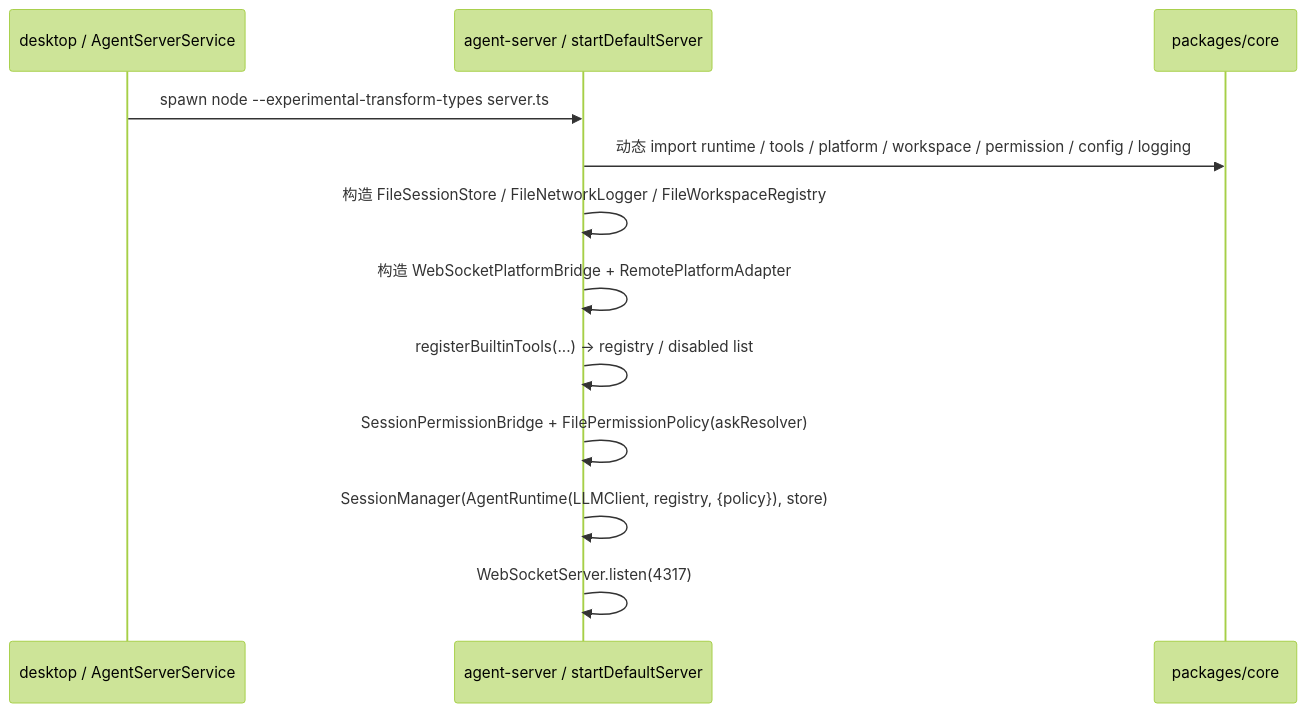
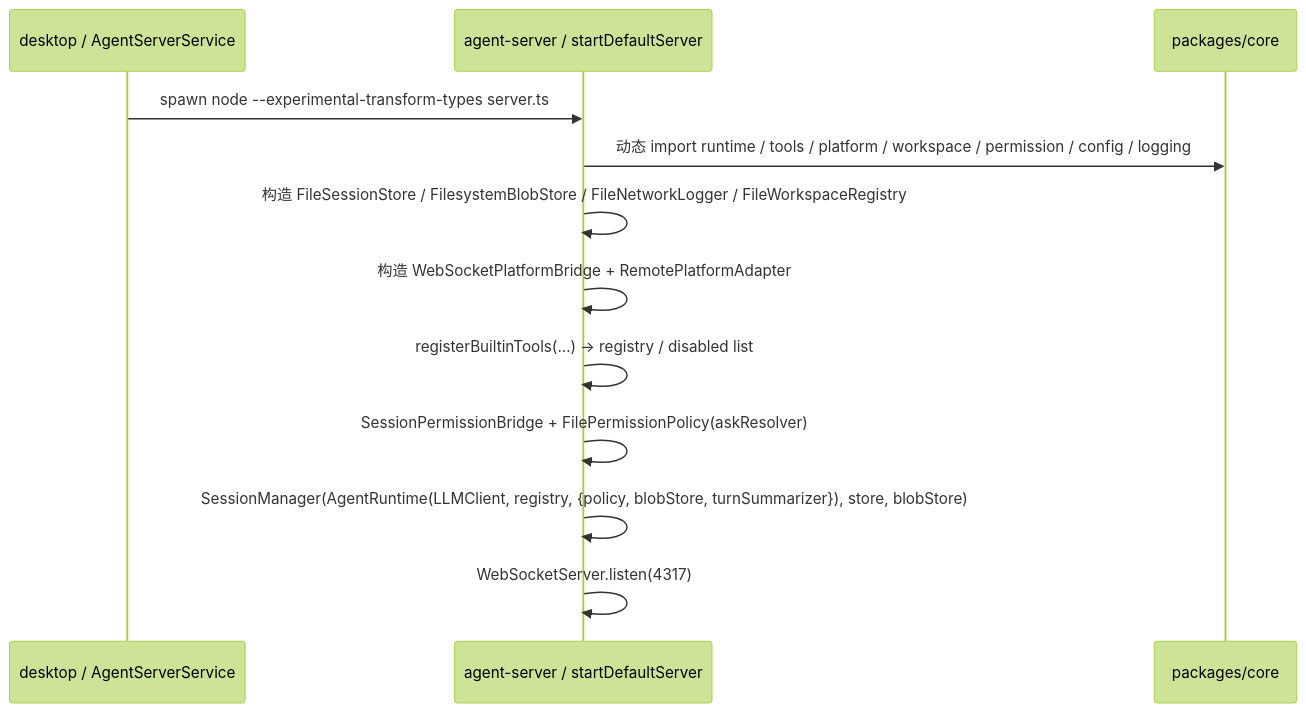
Before and after one commit to Lixuhang987/SpotAgent: the diagram in apps/agent-server/agent-server.md, drawn with Mermaid (forest theme). The commit also changed other lines of this file and 33 other files, not shown here.

````diff
--- a/apps/agent-server/agent-server.md
+++ b/apps/agent-server/agent-server.md
@@ -24,15 +24,15 @@
 ```mermaid
 sequenceDiagram
   participant Desktop as desktop / AgentServerService
   participant Server as agent-server / startDefaultServer
   participant Core as packages/core
 
   Desktop->>Server: spawn node --experimental-transform-types server.ts
   Server->>Core: 动态 import runtime / tools / platform / workspace / permission / config / logging
-  Server->>Server: 构造 FileSessionStore / FileNetworkLogger / FileWorkspaceRegistry
+  Server->>Server: 构造 FileSessionStore / FilesystemBlobStore / FileNetworkLogger / FileWorkspaceRegistry
   Server->>Server: 构造 WebSocketPlatformBridge + RemotePlatformAdapter
   Server->>Server: registerBuiltinTools(...) → registry / disabled list
   Server->>Server: SessionPermissionBridge + FilePermissionPolicy(askResolver)
-  Server->>Server: SessionManager(AgentRuntime(LLMClient, registry, {policy}), store)
+  Server->>Server: SessionManager(AgentRuntime(LLMClient, registry, {policy, blobStore, turnSummarizer}), store, blobStore)
   Server->>Server: WebSocketServer.listen(4317)
 ```
````
